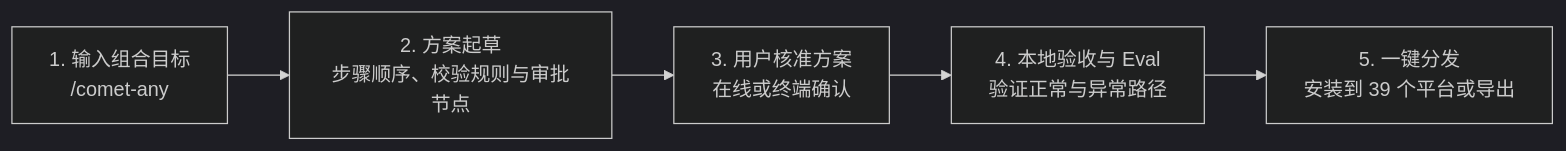
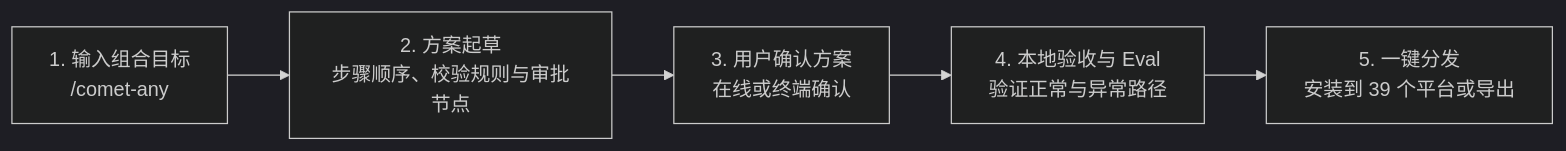
The diagram in zh/skill-creator/getting-started.mdx (rpamis/comet-website-docs), drawn with Mermaid (dark theme) before and after one commit. The commit also changed other lines of this file and 102 other files, not shown here.

````diff
--- a/zh/skill-creator/getting-started.mdx
+++ b/zh/skill-creator/getting-started.mdx
@@ -10,7 +10,7 @@
 ```mermaid
 flowchart LR
   U["1. 输入组合目标<br/>/comet-any"] --> P["2. 方案起草<br/>步骤顺序、校验规则与审批节点"]
-  P --> C["3. 用户核准方案<br/>在线或终端确认"]
+  P --> C["3. 用户确认方案<br/>在线或终端确认"]
   C --> T["4. 本地验收与 Eval<br/>验证正常与异常路径"]
   T --> D["5. 一键分发<br/>安装到 39 个平台或导出"]
 ```
````
